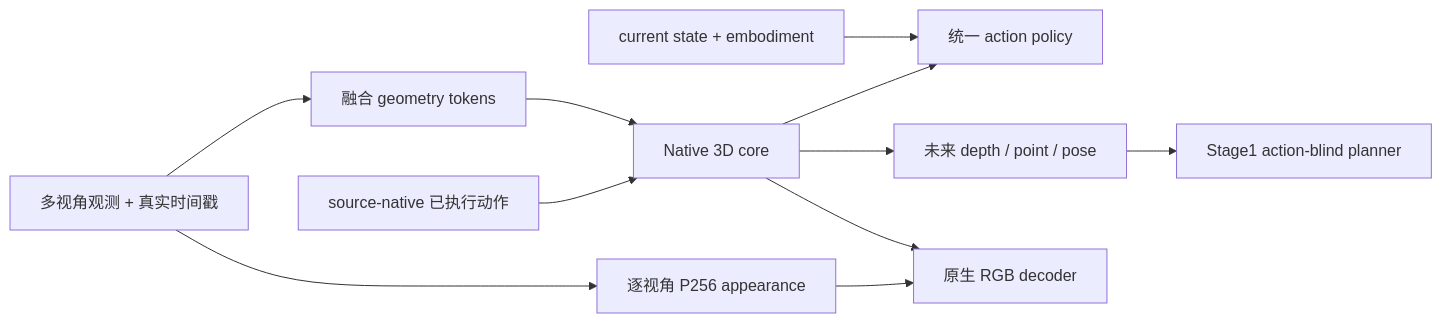
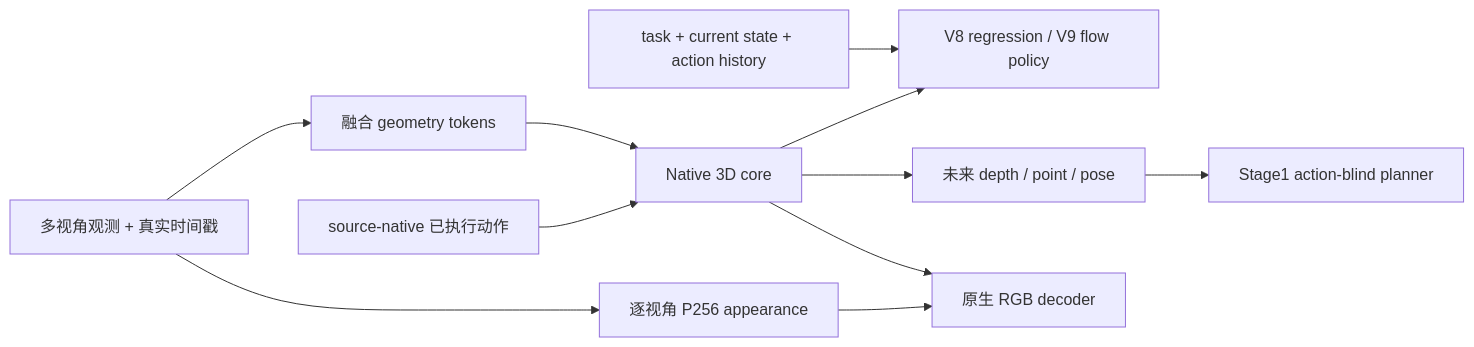
Before and after one commit to wxqnl/world_model: the diagram in wm3d/README.md, drawn with Mermaid. The commit also changed other lines of this file and 3 other files, not shown here.

Commit message:
Document V9 flow-action handoff and validation contract

````diff
--- a/wm3d/README.md
+++ b/wm3d/README.md
@@ -8,13 +8,13 @@
 ```mermaid
 flowchart LR
   O["多视角观测 + 真实时间戳"] --> G["融合 geometry tokens"]
   O --> V["逐视角 P256 appearance"]
   G --> C["Native 3D core"]
   A["source-native 已执行动作"] --> C
-  S["current state + embodiment"] --> H["统一 action policy"]
+  S["task + current state + action history"] --> H["V8 regression / V9 flow policy"]
   C --> W["未来 depth / point / pose"]
   C --> R["原生 RGB decoder"]
   V --> R
   C --> H
   W --> P["Stage1 action-blind planner"]
 ```
````
